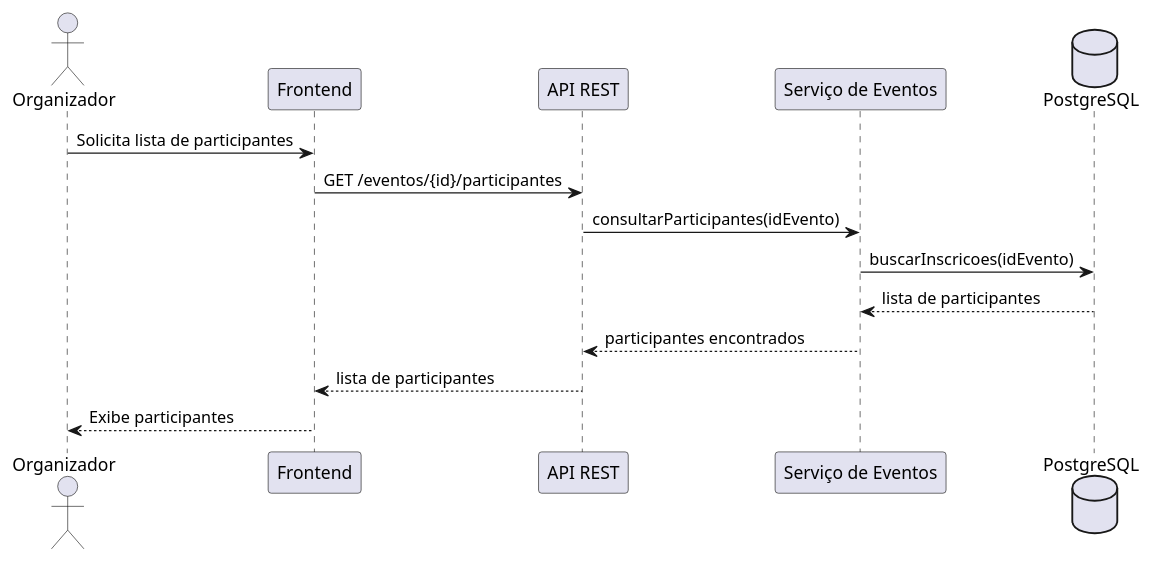
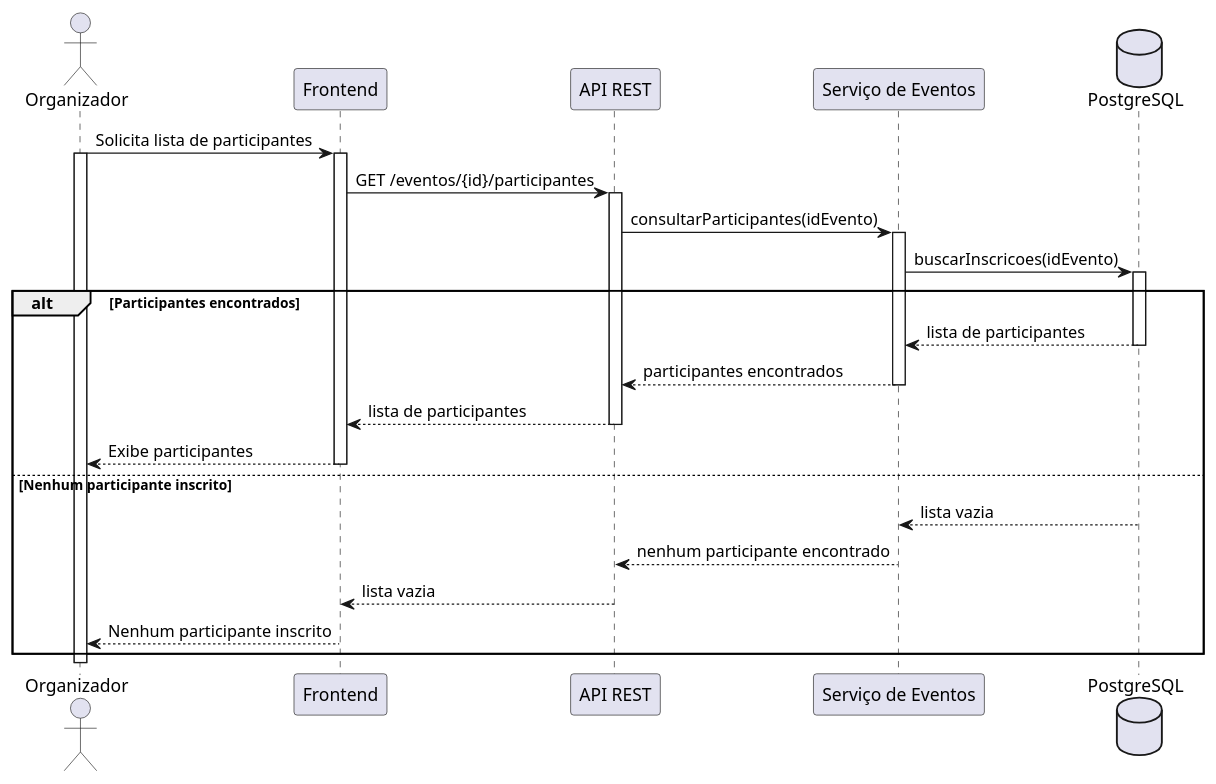
Before and after one commit to mthsz-dm/Conecta-Eventos: the diagram in PlantUML/Diagrama de sequencia detalhado/Diagrama-de-sequencia-UC-09.plantuml, drawn with PlantUML. The commit also changed 11 other files, not shown here.

Commit message:
Modificação nos diagramas de sequencia

```diff
--- a/PlantUML/Diagrama de sequencia detalhado/Diagrama-de-sequencia-UC-09.plantuml
+++ b/PlantUML/Diagrama de sequencia detalhado/Diagrama-de-sequencia-UC-09.plantuml
@@ -1,26 +1,42 @@
 @startuml
+
+autoactivate on
 
 actor Organizador
 
 participant "Frontend" as Frontend
 participant "API REST" as API
 participant "Serviço de Eventos" as Service
 database "PostgreSQL" as DB
 
 Organizador -> Frontend : Solicita lista de participantes
-
+activate Organizador
 Frontend -> API : GET /eventos/{id}/participantes
 
 API -> Service : consultarParticipantes(idEvento)
 
 Service -> DB : buscarInscricoes(idEvento)
 
-DB --> Service : lista de participantes
+alt Participantes encontrados
 
-Service --> API : participantes encontrados
+    DB --> Service : lista de participantes
 
-API --> Frontend : lista de participantes
+    Service --> API : participantes encontrados
 
-Frontend --> Organizador : Exibe participantes
+    API --> Frontend : lista de participantes
 
+    Frontend --> Organizador : Exibe participantes
+
+else Nenhum participante inscrito
+
+    DB --> Service : lista vazia
+
+    Service --> API : nenhum participante encontrado
+
+    API --> Frontend : lista vazia
+
+    Frontend --> Organizador : Nenhum participante inscrito
+
+end
+deactivate Organizador
 @enduml
```
